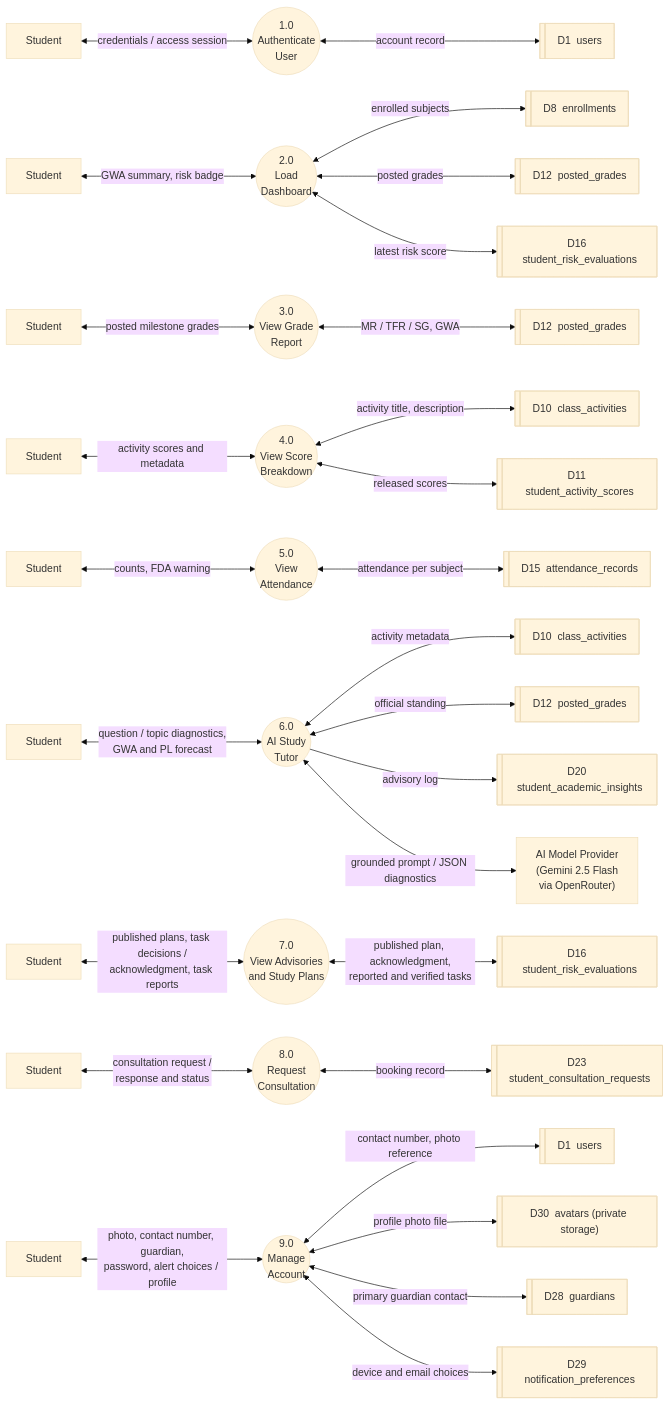
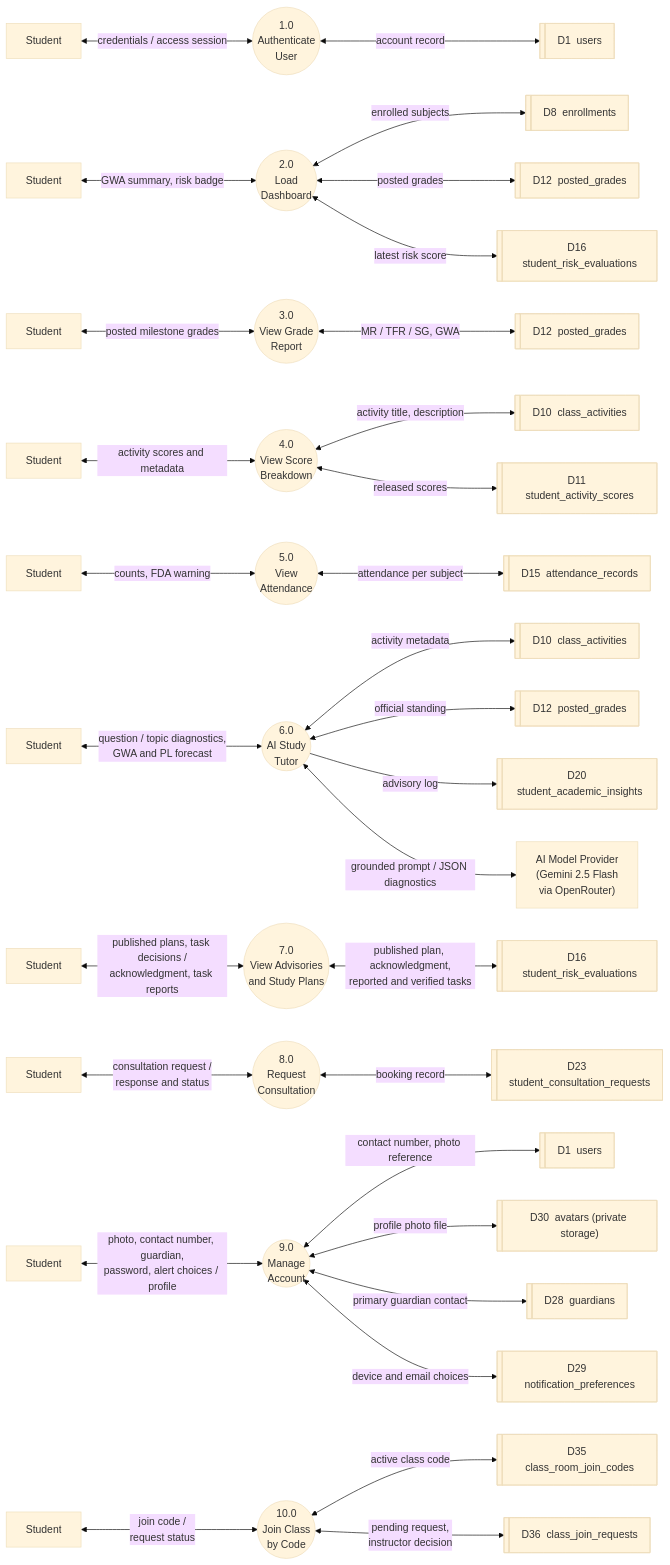
One commit to kurarensu16/sage changed the diagram in docs/02-thesis/figures/Figure-2.8-DFD-Student.mmd. Above: the diagram before and after it, drawn with Mermaid (base theme). The commit also changed 49 other files, not shown here.

```diff
--- a/docs/02-thesis/figures/Figure-2.8-DFD-Student.mmd
+++ b/docs/02-thesis/figures/Figure-2.8-DFD-Student.mmd
@@ -1,49 +1,54 @@
 flowchart LR
 %% ===== Figure 2.8 — Level 1 DFD: Student Portal (updated 2026-10-10) =====
 %% 6.0 renamed AI Study Tutor; 7.0 adds acknowledgment and task decisions; adds 9.0 Manage Account.
+%% Revised 2026-10-10 (evening): adds 10.0 Join Class by Code (pending request until instructor approval).
 %% Layout: External entity (left) -> Process (middle) -> Data stores (right)
 
   %% ---------- 1.0 ----------
   S1["Student"] <-- "credentials / access session" --> P1(("1.0<br/>Authenticate<br/>User"))
   P1 <-- "account record" --> D1@{ shape: lin-rect, label: "D1&nbsp; users" }
 
   %% ---------- 2.0 ----------
   S2["Student"] <-- "GWA summary, risk badge" --> P2(("2.0<br/>Load<br/>Dashboard"))
   P2 <-- "enrolled subjects" --> D8@{ shape: lin-rect, label: "D8&nbsp; enrollments" }
   P2 <-- "posted grades" --> D12b@{ shape: lin-rect, label: "D12&nbsp; posted_grades" }
   P2 <-- "latest risk score" --> D16b@{ shape: lin-rect, label: "D16&nbsp; student_risk_evaluations" }
 
   %% ---------- 3.0 ----------
   S3["Student"] <-- "posted milestone grades" --> P3(("3.0<br/>View Grade<br/>Report"))
   P3 <-- "MR / TFR / SG, GWA" --> D12c@{ shape: lin-rect, label: "D12&nbsp; posted_grades" }
 
   %% ---------- 4.0 ----------
   S4["Student"] <-- "activity scores and metadata" --> P4(("4.0<br/>View Score<br/>Breakdown"))
   P4 <-- "activity title, description" --> D10d@{ shape: lin-rect, label: "D10&nbsp; class_activities" }
   P4 <-- "released scores" --> D11d@{ shape: lin-rect, label: "D11&nbsp; student_activity_scores" }
 
   %% ---------- 5.0 ----------
   S5["Student"] <-- "counts, FDA warning" --> P5(("5.0<br/>View<br/>Attendance"))
   P5 <-- "attendance per subject" --> D15e@{ shape: lin-rect, label: "D15&nbsp; attendance_records" }
 
   %% ---------- 6.0 ----------
   S6["Student"] <-- "question / topic diagnostics,<br/>GWA and PL forecast" --> P6(("6.0<br/>AI Study<br/>Tutor"))
   P6 <-- "activity metadata" --> D10f@{ shape: lin-rect, label: "D10&nbsp; class_activities" }
   P6 <-- "official standing" --> D12f@{ shape: lin-rect, label: "D12&nbsp; posted_grades" }
   P6 -- "advisory log" --> D20f@{ shape: lin-rect, label: "D20&nbsp; student_academic_insights" }
   P6 <-- "grounded prompt / JSON diagnostics" --> AIP["AI Model Provider<br/>(Gemini 2.5 Flash<br/>via OpenRouter)"]
 
   %% ---------- 7.0 ----------
   S7["Student"] <-- "published plans, task decisions /<br/>acknowledgment, task reports" --> P7(("7.0<br/>View Advisories<br/>and Study Plans"))
   P7 <-- "published plan, acknowledgment,<br/>reported and verified tasks" --> D16g@{ shape: lin-rect, label: "D16&nbsp; student_risk_evaluations" }
 
   %% ---------- 8.0 ----------
   S8["Student"] <-- "consultation request /<br/>response and status" --> P8(("8.0<br/>Request<br/>Consultation"))
   P8 <-- "booking record" --> D23h@{ shape: lin-rect, label: "D23&nbsp; student_consultation_requests" }
 
   %% ---------- 9.0 ----------
   S9["Student"] <-- "photo, contact number, guardian,<br/>password, alert choices / profile" --> P9(("9.0<br/>Manage<br/>Account"))
   P9 <-- "contact number, photo reference" --> D1i@{ shape: lin-rect, label: "D1&nbsp; users" }
   P9 <-- "profile photo file" --> D30i@{ shape: lin-rect, label: "D30&nbsp; avatars (private storage)" }
   P9 <-- "primary guardian contact" --> D28i@{ shape: lin-rect, label: "D28&nbsp; guardians" }
   P9 <-- "device and email choices" --> D29i@{ shape: lin-rect, label: "D29&nbsp; notification_preferences" }
+  %% ---------- 10.0 ----------
+  S10["Student"] <-- "join code /<br/>request status" --> P10(("10.0<br/>Join Class<br/>by Code"))
+  P10 <-- "active class code" --> D35j@{ shape: lin-rect, label: "D35&nbsp; class_room_join_codes" }
+  P10 <-- "pending request,<br/>instructor decision" --> D36j@{ shape: lin-rect, label: "D36&nbsp; class_join_requests" }
```
